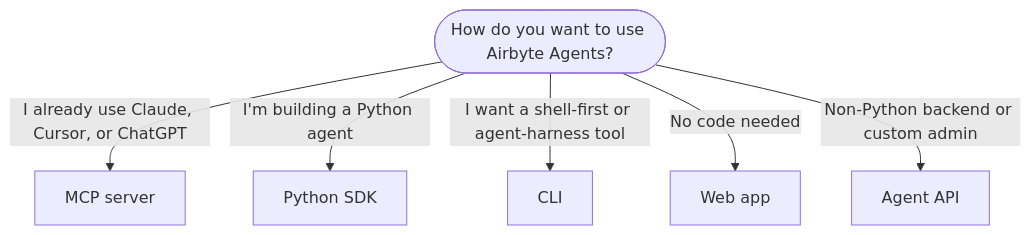
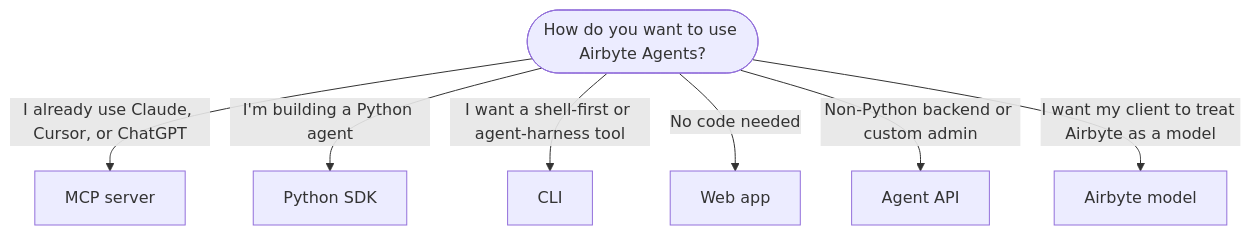
The diagram in docs/ai-agents/get-started/choose-how-to-use.md (airbytehq/airbyte), drawn with Mermaid before and after one commit. The commit also changed other lines of this file and 12 other files, not shown here.

Commit message:
docs(ai-agents): document the Airbyte model natural language interface

````diff
--- a/docs/ai-agents/get-started/choose-how-to-use.md
+++ b/docs/ai-agents/get-started/choose-how-to-use.md
@@ -13,15 +13,17 @@
 ```mermaid
 flowchart TD
     START(["How do you want to use Airbyte Agents?"])
     START -->|"I already use Claude, Cursor, or ChatGPT"| MCP["MCP server"]
     START -->|"I'm building a Python agent"| SDK["Python SDK"]
     START -->|"I want a shell-first or agent-harness tool"| CLI["CLI"]
     START -->|"No code needed"| WEB["Web app"]
     START -->|"Non-Python backend or custom admin"| API["Agent API"]
+    START -->|"I want my client to treat Airbyte as a model"| MODEL["Airbyte model"]
 
     click MCP "#mcp-server"
     click SDK "#python-sdk"
     click CLI "#cli"
     click WEB "#web-app"
     click API "#agent-api"
+    click MODEL "#airbyte-model"
 ```
````
